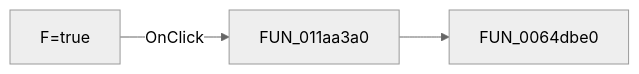
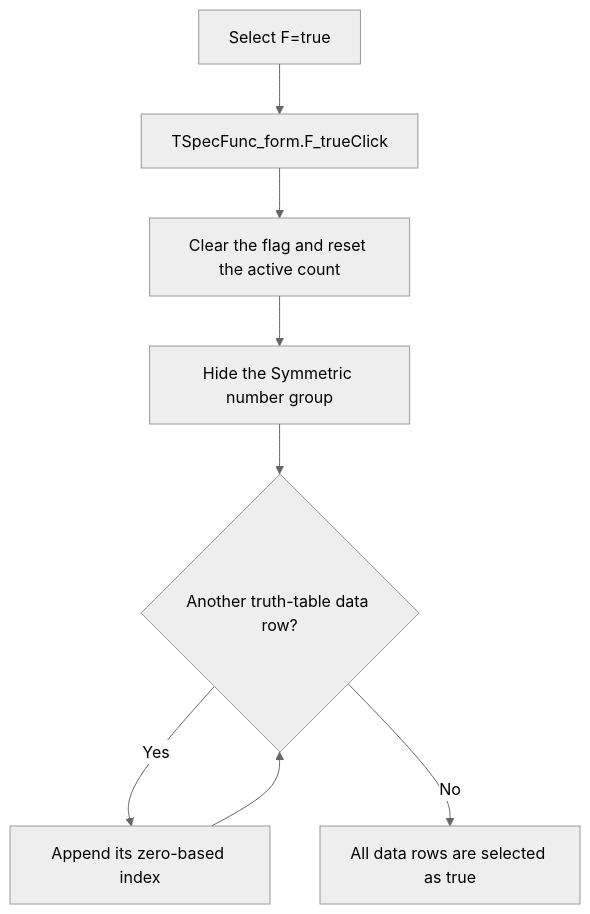
Before and after one commit to MovGP0/TIARA: the diagram in docs/ui-controls/specfunc-form/f-true-bcd123f4b5.md, drawn with Mermaid (neutral theme). The commit also changed other lines of this file and 1062 other files, not shown here.

````diff
--- a/docs/ui-controls/specfunc-form/f-true-bcd123f4b5.md
+++ b/docs/ui-controls/specfunc-form/f-true-bcd123f4b5.md
@@ -27,5 +29,10 @@
 ```mermaid
-flowchart LR
-    control["F=true"] -->|OnClick| handler["FUN_011aa3a0"]
-    handler --> call1["FUN_0064dbe0"]
+flowchart TD
+    control["Select F=true"] --> handler["TSpecFunc_form.F_trueClick"]
+    handler --> reset["Clear the flag and reset the active count"]
+    reset --> hide["Hide the Symmetric number group"]
+    hide --> rows{"Another truth-table data row?"}
+    rows -->|Yes| append["Append its zero-based index"]
+    append --> rows
+    rows -->|No| result["All data rows are selected as true"]
 ```
````
